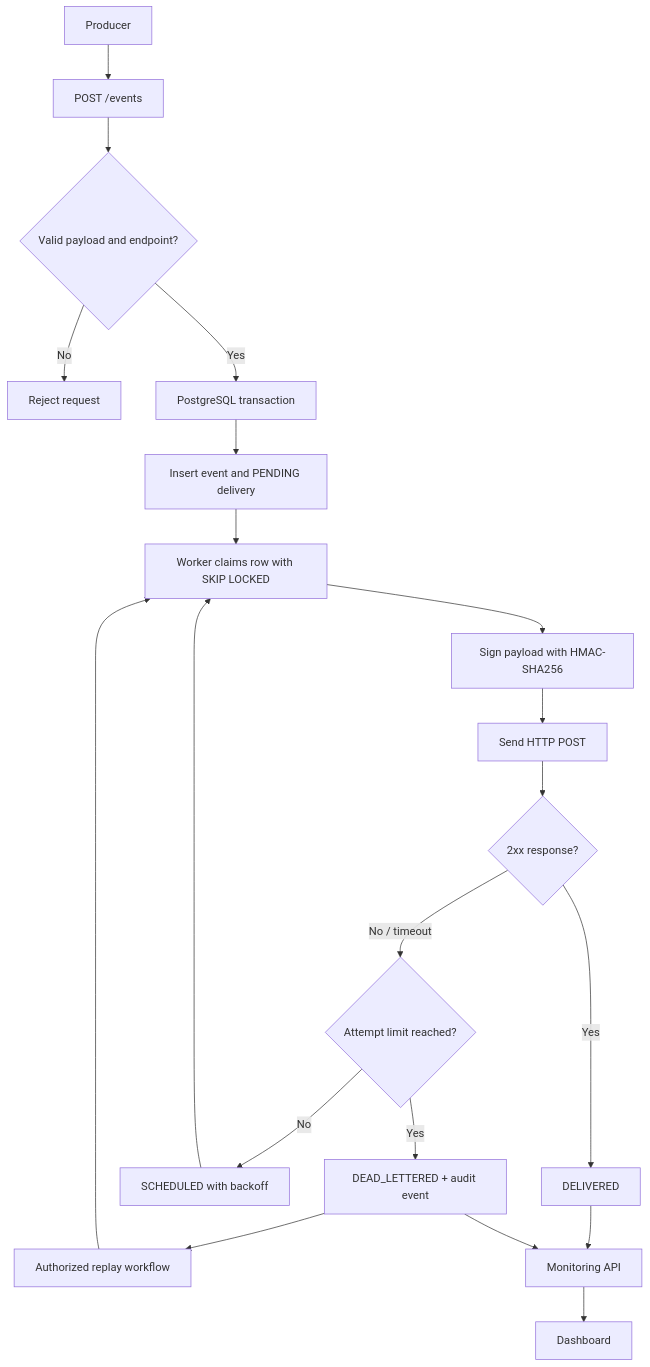
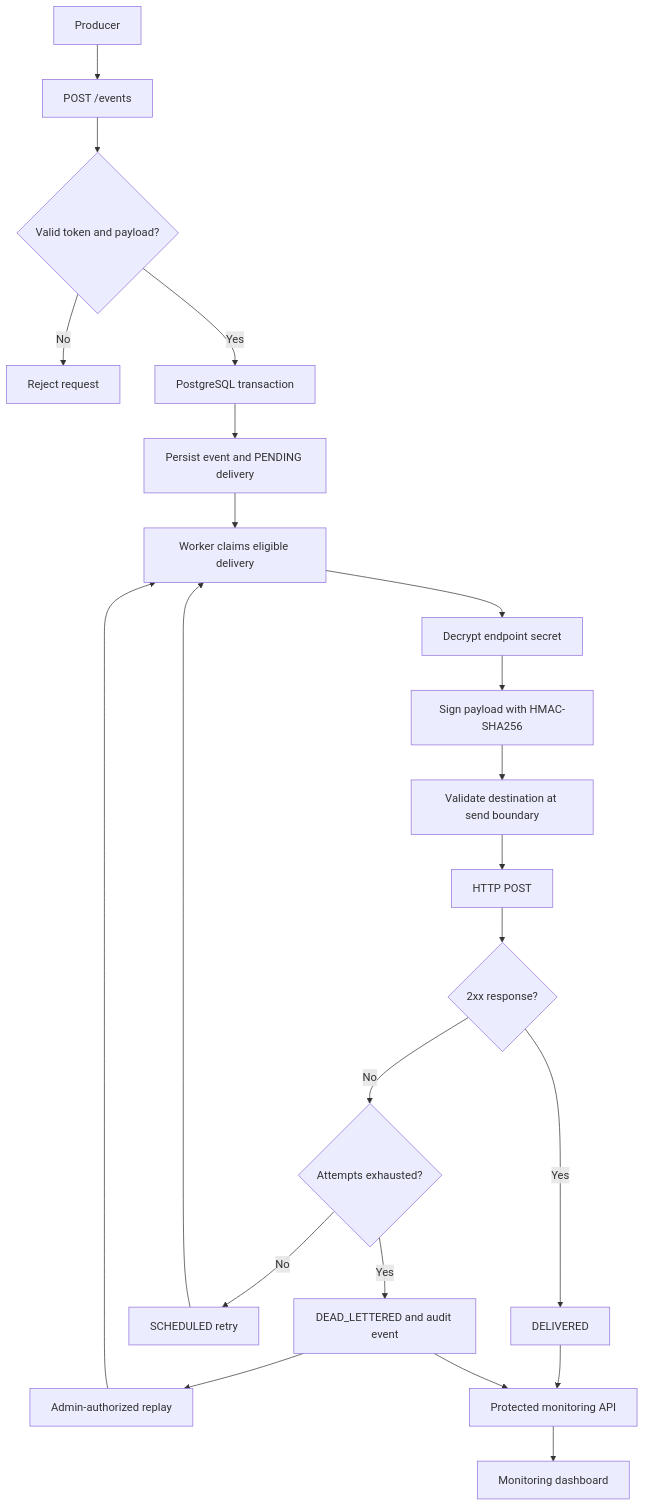
The first of 2 diagrams in README.md (tracolerd/outboxworks), drawn with Mermaid before and after one commit. The commit also changed other lines of this file and 19 other files, not shown here.

```diff
--- a/README.md
+++ b/README.md
@@ -67,22 +73,24 @@
 ~~~mermaid
 flowchart TD
     A[Producer] --> B[POST /events]
-    B --> C{Valid payload and endpoint?}
+    B --> C{Valid token and payload?}
     C -- No --> D[Reject request]
     C -- Yes --> E[PostgreSQL transaction]
-    E --> F[Insert event and PENDING delivery]
-    F --> G[Worker claims row with SKIP LOCKED]
-    G --> H[Sign payload with HMAC-SHA256]
-    H --> I[Send HTTP POST]
-    I --> J{2xx response?}
-    J -- Yes --> K[DELIVERED]
-    J -- No / timeout --> L{Attempt limit reached?}
-    L -- No --> M[SCHEDULED with backoff]
-    M --> G
-    L -- Yes --> N[DEAD_LETTERED + audit event]
-    N --> O[Authorized replay workflow]
+    E --> F[Persist event and PENDING delivery]
+    F --> G[Worker claims eligible delivery]
+    G --> H[Decrypt endpoint secret]
+    H --> I[Sign payload with HMAC-SHA256]
+    I --> J[Validate destination at send boundary]
+    J --> K[HTTP POST]
+    K --> L{2xx response?}
+    L -- Yes --> M[DELIVERED]
+    L -- No --> N{Attempts exhausted?}
+    N -- No --> O[SCHEDULED retry]
     O --> G
-    K --> P[Monitoring API]
-    N --> P
-    P --> Q[Dashboard]
+    N -- Yes --> P[DEAD_LETTERED and audit event]
+    P --> Q[Admin-authorized replay]
+    Q --> G
+    M --> R[Protected monitoring API]
+    P --> R
+    R --> S[Monitoring dashboard]
 ~~~
```
